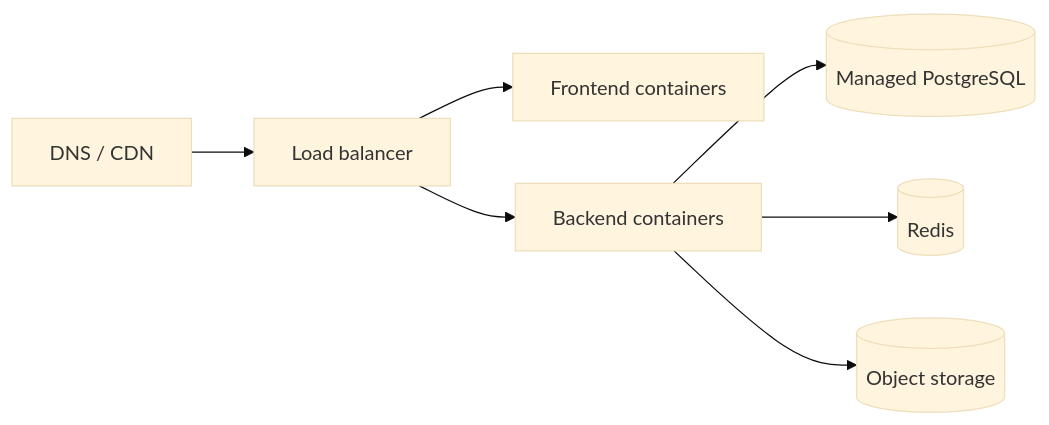
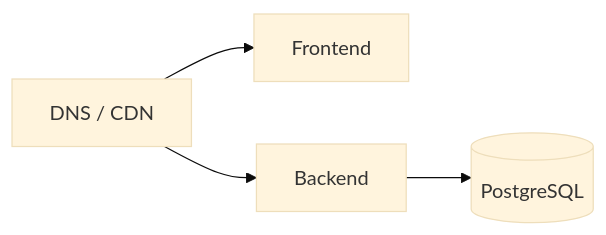
The fourth of 4 diagrams in templates/02-SRS.md (prame-dot-exe/gcb-adb-templates), drawn with Mermaid (base theme) before and after one commit. The commit also changed other lines of this file and 12 other files, not shown here.

````diff
--- a/templates/02-SRS.md
+++ b/templates/02-SRS.md
@@ -268,9 +234,6 @@
 ```mermaid
 flowchart LR
-    DNS[DNS / CDN] --> LB[Load balancer]
-    LB --> FE[Frontend containers]
-    LB --> BE[Backend containers]
-    BE --> PG[(Managed PostgreSQL)]
-    BE --> R[(Redis)]
-    BE --> S3[(Object storage)]
+    DNS[DNS / CDN] --> FE[Frontend]
+    DNS --> BE[Backend]
+    BE --> PG[(PostgreSQL)]
 ```
````
